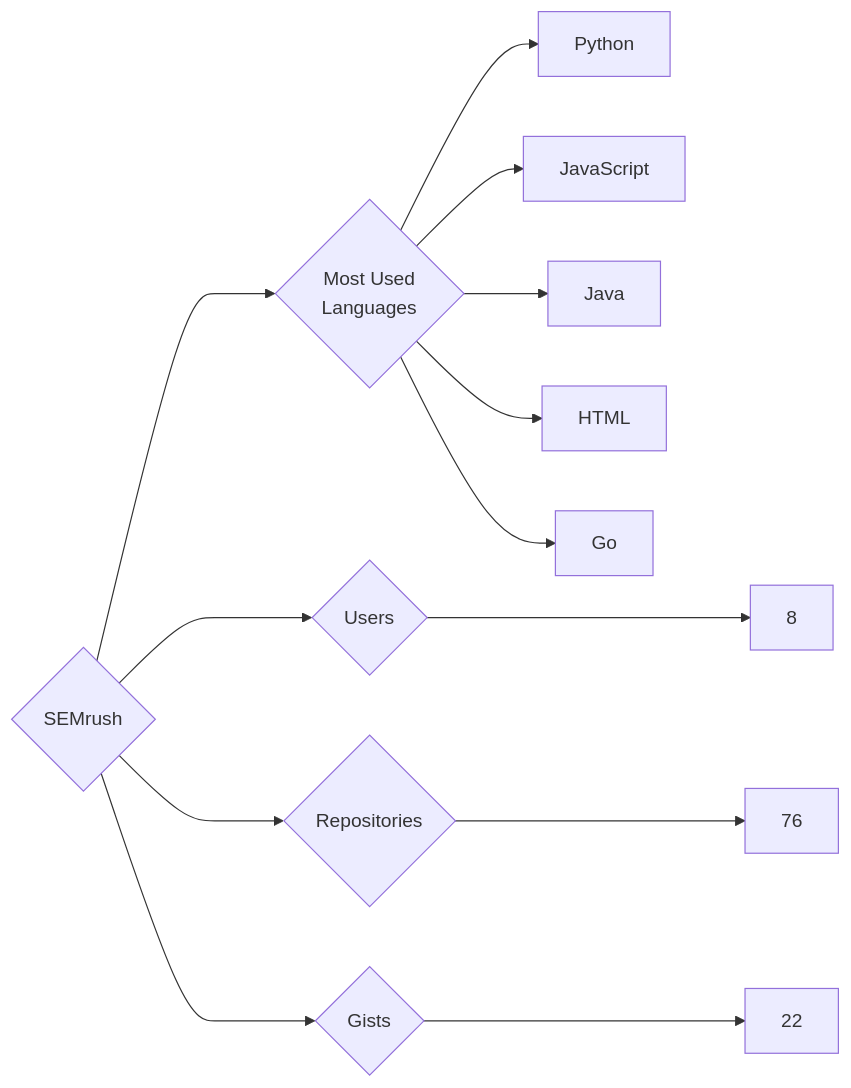
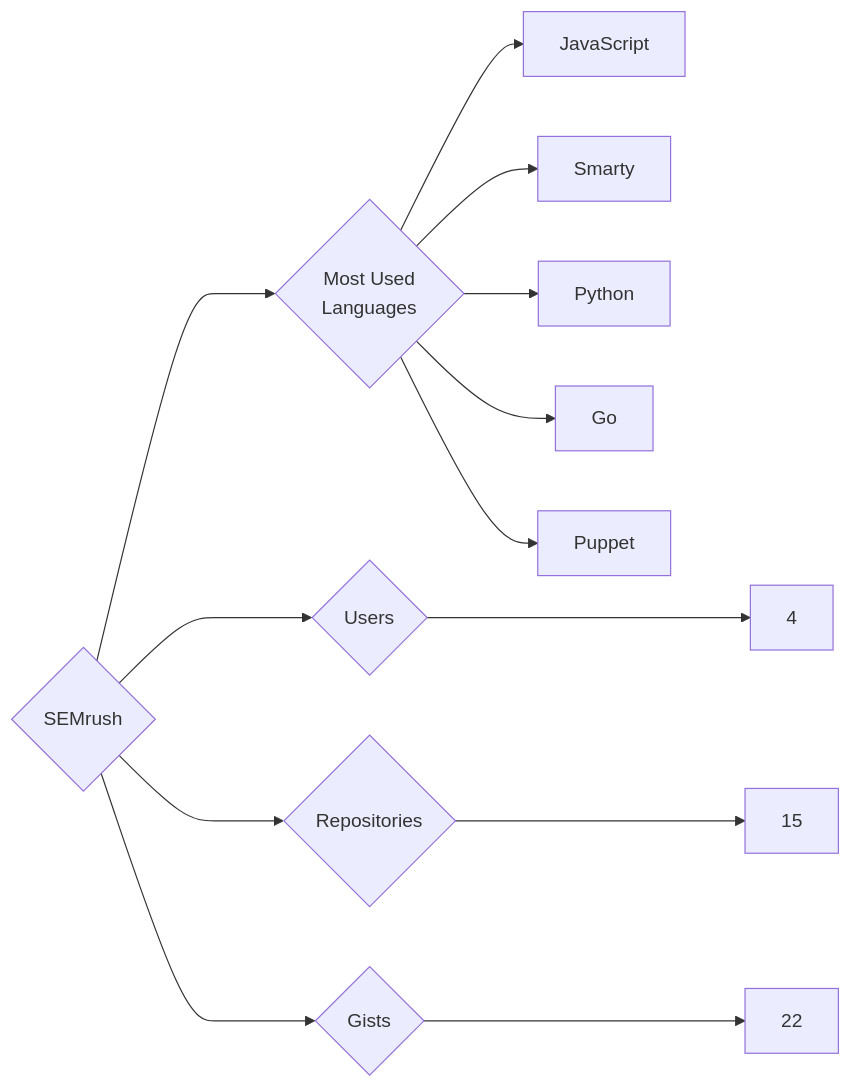
Before and after one commit to trickest/insiders: the diagram in targets/SEMrush/README.md, drawn with Mermaid. The commit also changed 725 other files, not shown here.

````diff
--- a/targets/SEMrush/README.md
+++ b/targets/SEMrush/README.md
@@ -3,13 +3,13 @@
 ```mermaid
 graph LR
 COMPANY_NAME{SEMrush}
-COMPANY_NAME ---> U{Users} ---> UN[8]
-COMPANY_NAME ---> R{Repositories} ---> RN[76]
+COMPANY_NAME ---> U{Users} ---> UN[4]
+COMPANY_NAME ---> R{Repositories} ---> RN[15]
 COMPANY_NAME ---> G{Gists} ---> GN[22]
 COMPANY_NAME ---> ML{Most Used<br>Languages}
+ML --> JavaScript[JavaScript]
+ML --> Smarty[Smarty]
 ML --> Python[Python]
-ML --> JavaScript[JavaScript]
-ML --> Java[Java]
-ML --> HTML[HTML]
 ML --> Go[Go]
+ML --> Puppet[Puppet]
 ```
````
